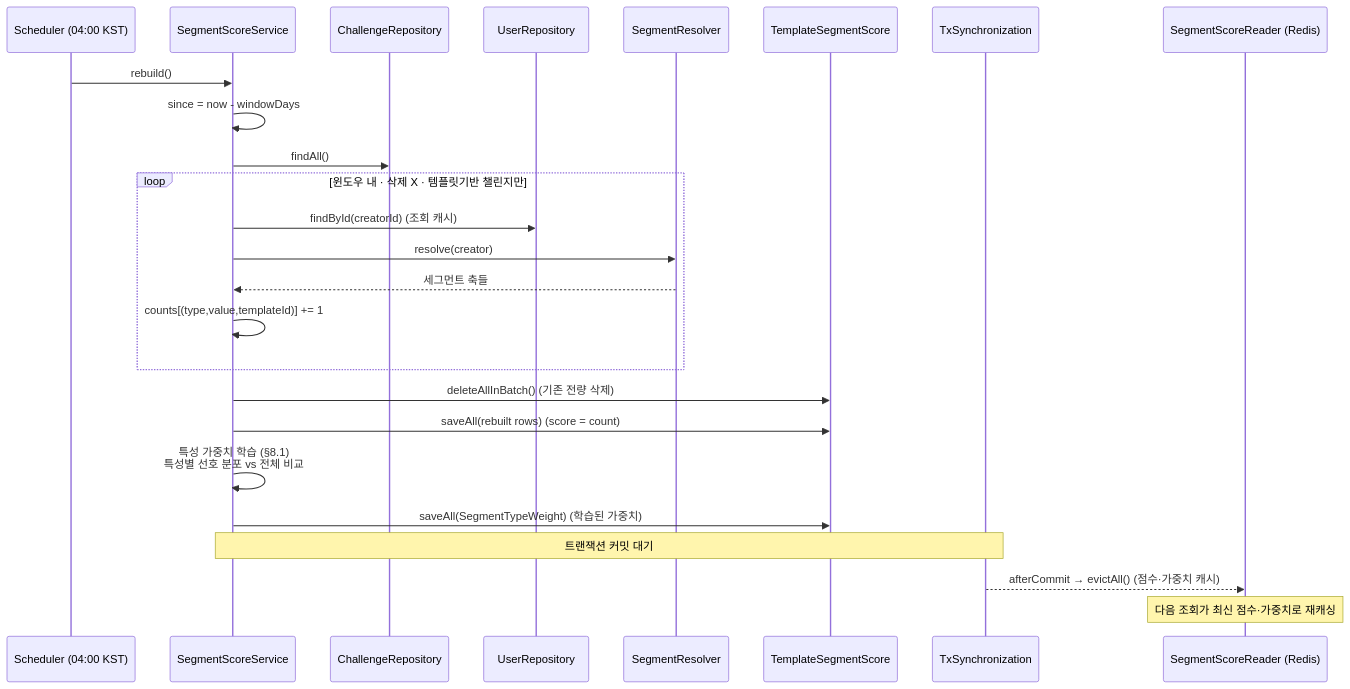
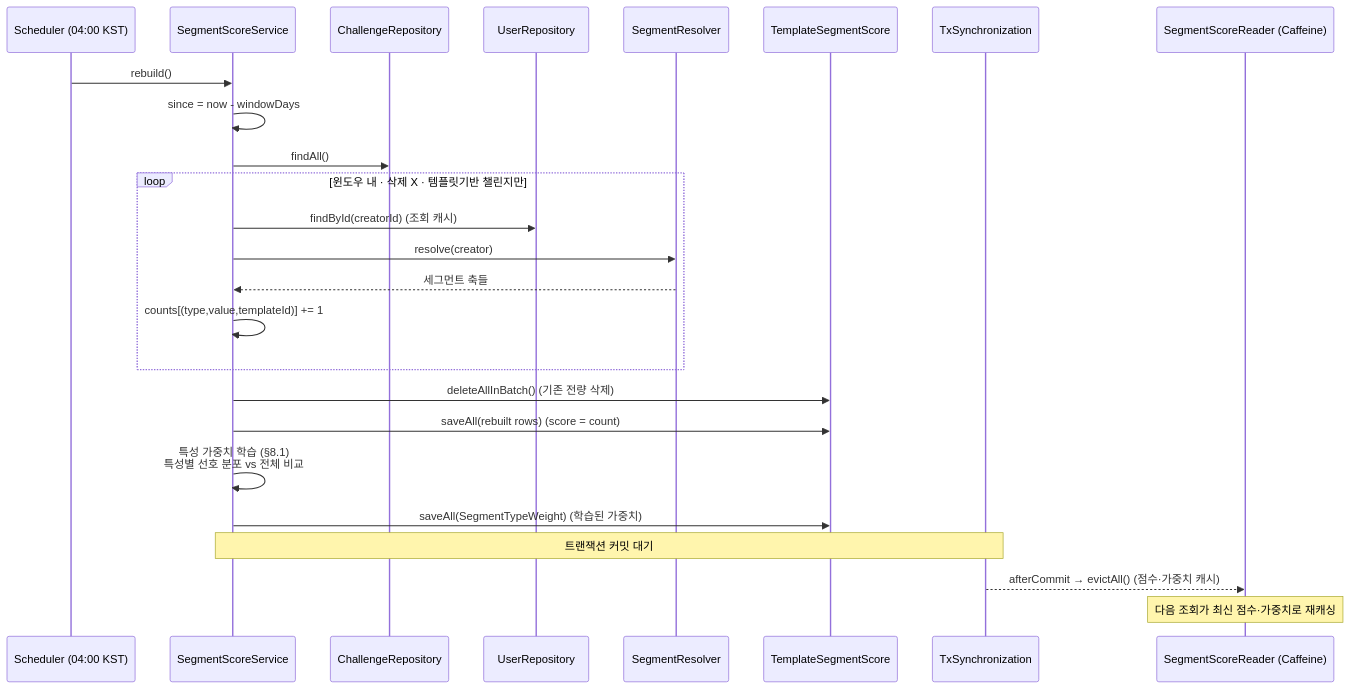
The fourth of 6 diagrams in docs/recommend/추천 시스템 - 루틴 카테고리 추천.md (RuleUp-ASM/Backend), drawn with Mermaid before and after one commit. The commit also changed other lines of this file and 7 other files, not shown here.

````diff
--- a/docs/recommend/추천 시스템 - 루틴 카테고리 추천.md
+++ b/docs/recommend/추천 시스템 - 루틴 카테고리 추천.md
@@ -225,28 +227,28 @@
 ```mermaid
 sequenceDiagram
     participant SCH as Scheduler (04:00 KST)
     participant BAT as SegmentScoreService
     participant CH as ChallengeRepository
     participant UR as UserRepository
     participant SR as SegmentResolver
     participant DB as TemplateSegmentScore
     participant TX as TxSynchronization
-    participant RD as SegmentScoreReader (Redis)
+    participant RD as SegmentScoreReader (Caffeine)
 
     SCH->>BAT: rebuild()
     BAT->>BAT: since = now - windowDays
     BAT->>CH: findAll()
     loop 윈도우 내 · 삭제 X · 템플릿기반 챌린지만
         BAT->>UR: findById(creatorId) (조회 캐시)
         BAT->>SR: resolve(creator)
         SR-->>BAT: 세그먼트 축들
         BAT->>BAT: counts[(type,value,templateId)] += 1
     end
     BAT->>DB: deleteAllInBatch()  (기존 전량 삭제)
     BAT->>DB: saveAll(rebuilt rows) (score = count)
     BAT->>BAT: 특성 가중치 학습 (§8.1)<br/>특성별 선호 분포 vs 전체 비교
     BAT->>DB: saveAll(SegmentTypeWeight)  (학습된 가중치)
     Note over BAT,TX: 트랜잭션 커밋 대기
     TX-->>RD: afterCommit → evictAll() (점수·가중치 캐시)
     Note over RD: 다음 조회가 최신 점수·가중치로 재캐싱
 ```
````
